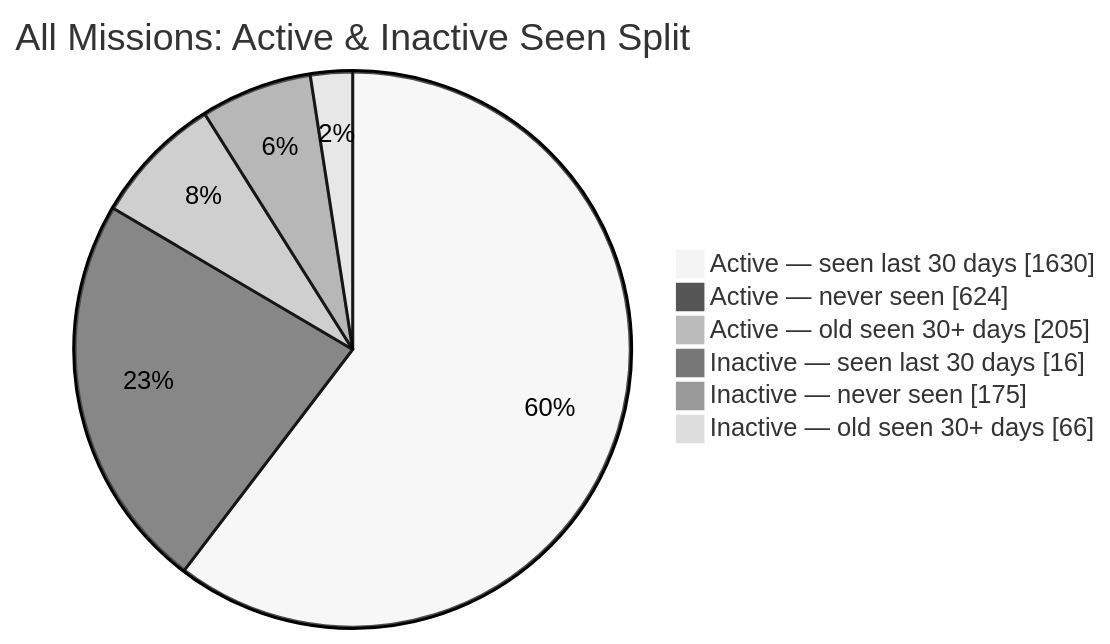
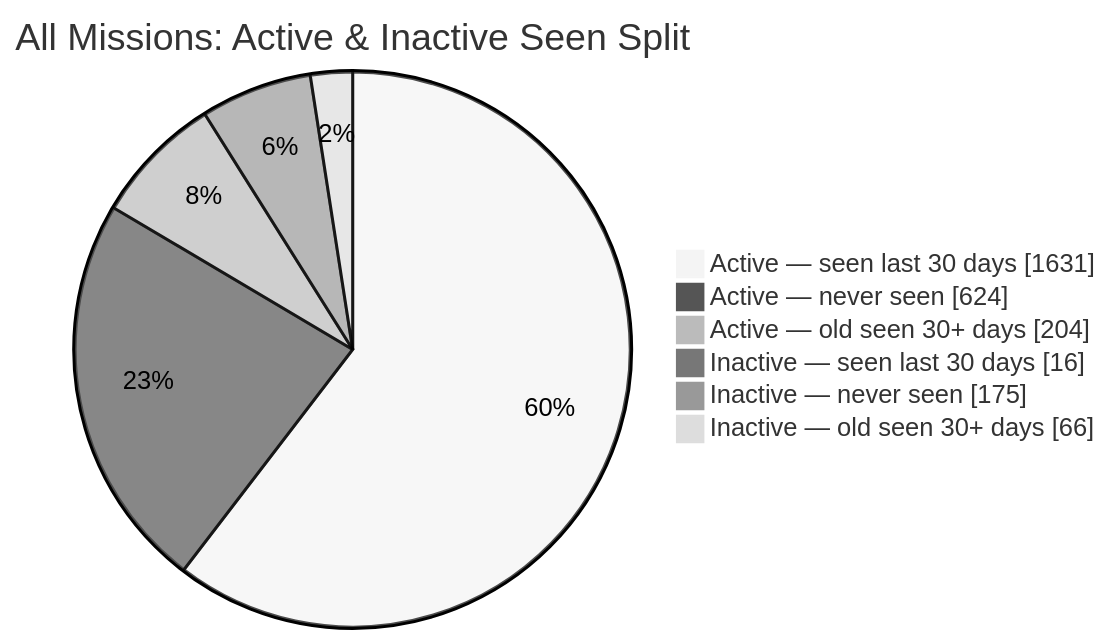
Before and after one commit to MeldkamerspelGameTeam/active-missions: the second of 2 diagrams in README.md, drawn with Mermaid (neutral theme). The commit also changed other lines of this file and 2 other files, not shown here.

````diff
--- a/README.md
+++ b/README.md
@@ -44,10 +44,10 @@
 ```mermaid
 pie showData
     title All Missions: Active & Inactive Seen Split
-    "Active — seen last 30 days" : 1630
+    "Active — seen last 30 days" : 1631
     "Active — never seen" : 624
-    "Active — old seen 30+ days" : 205
+    "Active — old seen 30+ days" : 204
     "Inactive — seen last 30 days" : 16
     "Inactive — never seen" : 175
     "Inactive — old seen 30+ days" : 66
 ```
````
